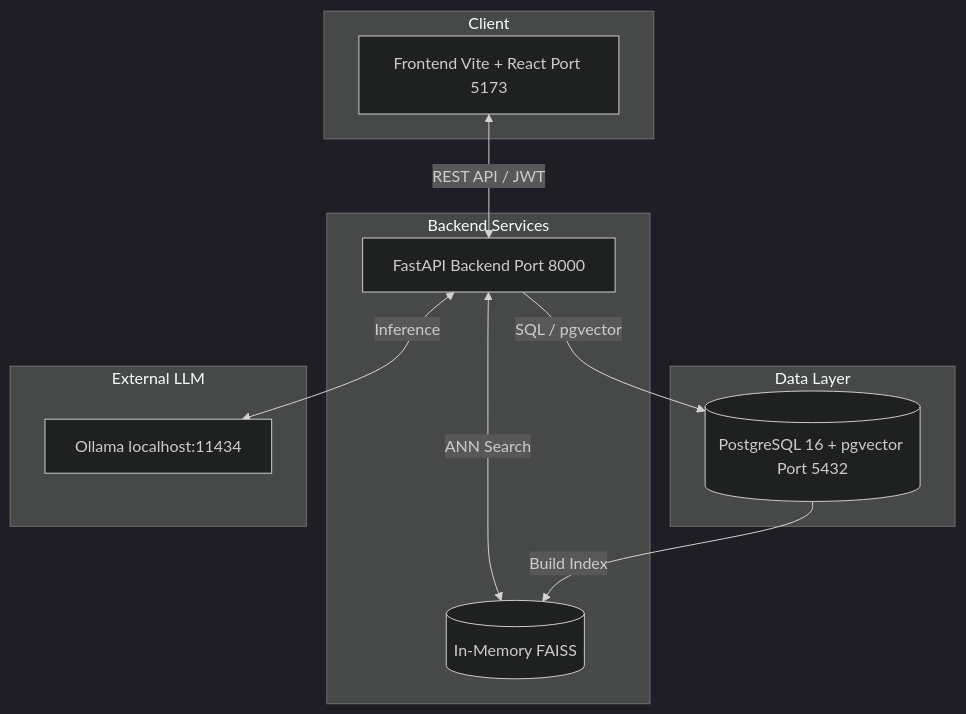
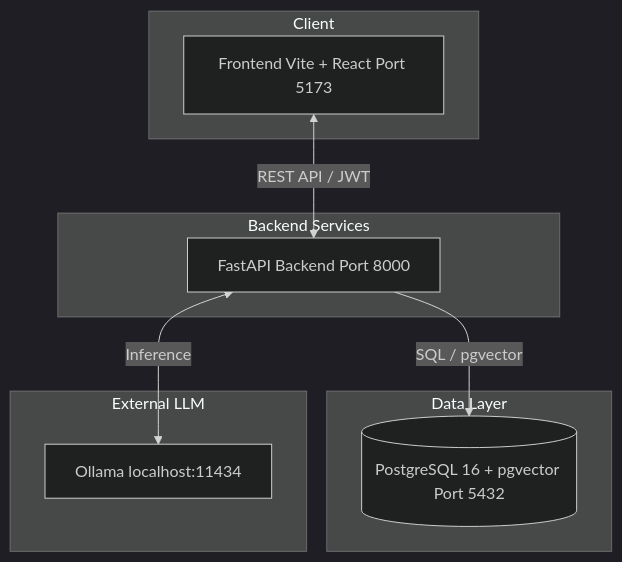
The diagram in README.md (noamaanMulla-03/project-assistant), drawn with Mermaid (dark theme) before and after one commit. The commit also changed other lines of this file and 26 other files, not shown here.

````diff
--- a/README.md
+++ b/README.md
@@ -28,25 +28,22 @@
 ```mermaid
 graph TD
     subgraph Client
         F[Frontend Vite + React Port 5173]
     end
 
     subgraph Backend Services
         B[FastAPI Backend Port 8000]
-        FAISS[(In-Memory FAISS)]
     end
 
     subgraph Data Layer
         DB[(PostgreSQL 16 + pgvector Port 5432)]
     end
 
     subgraph External LLM
         O[Ollama localhost:11434]
     end
 
     F <-->|REST API / JWT| B
     B -->|SQL / pgvector| DB
     B <-->|Inference| O
-    B <-->|ANN Search| FAISS
-    DB -->|Build Index| FAISS
 ```
````
